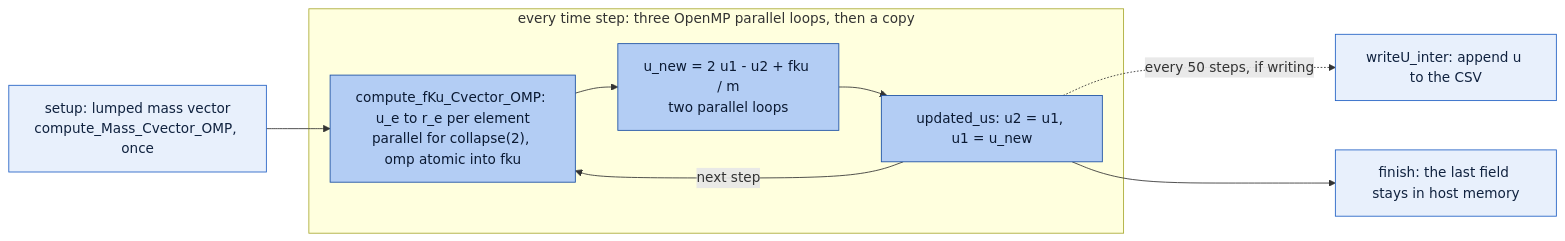
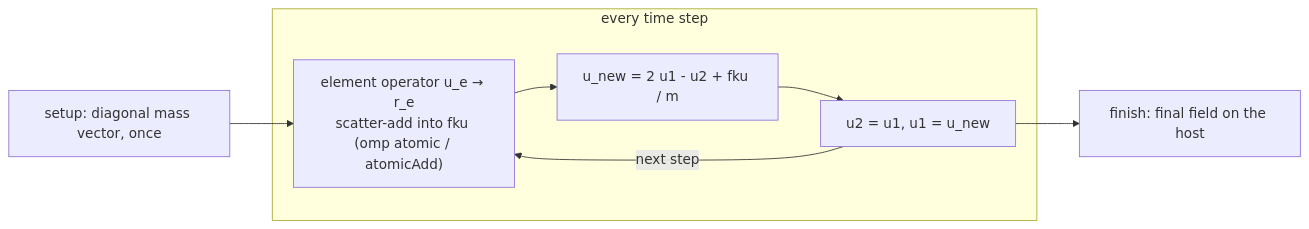
Before and after one commit to laloq11/2D-Wave-Equation---SEM: the first of 2 diagrams in readme.md, drawn with Mermaid. The commit also changed other lines of this file and 2 other files, not shown here.

````diff
--- a/readme.md
+++ b/readme.md
@@ -182,16 +122,10 @@
 ```mermaid
 flowchart LR
-  S["setup: lumped mass vector<br/>compute_Mass_Cvector_OMP, once"] --> K
-  subgraph step["every time step: three OpenMP parallel loops, then a copy"]
-    K["compute_fKu_Cvector_OMP: u_e to r_e per element<br/>parallel for collapse(2), omp atomic into fku"] --> U["u_new = 2 u1 - u2 + fku / m<br/>two parallel loops"]
-    U --> R["updated_us: u2 = u1, u1 = u_new"]
+  S["setup: diagonal mass vector, once"] --> K
+  subgraph step["every time step"]
+    K["element operator u_e → r_e<br/>scatter-add into fku (omp atomic / atomicAdd)"] --> U["u_new = 2 u1 - u2 + fku / m"]
+    U --> R["u2 = u1, u1 = u_new"]
   end
   R -->|next step| K
-  R -.->|every 50 steps, if writing| W["writeU_inter: append u to the CSV"]
-  R --> E["finish: the last field stays in host memory"]
-
-  classDef cpuOnce fill:#e8f0fc,stroke:#2160c4,color:#10223f
-  classDef cpuStep fill:#b3cdf4,stroke:#1a4fa3,color:#0b1a33
-  class S,E,W cpuOnce
-  class K,U,R cpuStep
+  R --> E["finish: final field on the host"]
 ```
````
